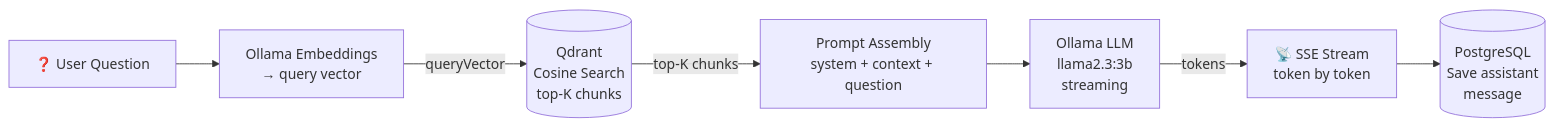
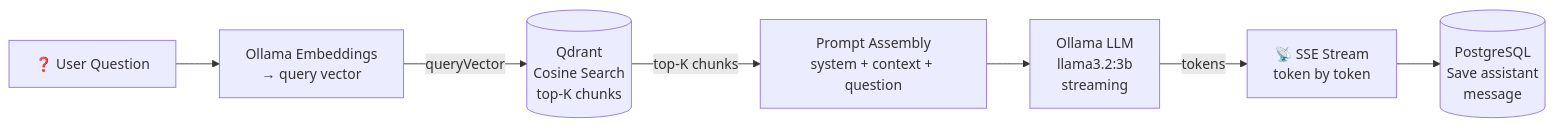
The fifth of 8 diagrams in docs/diagrams/Architecture_Diagram.md (ABDELRAHMAN-ELRAYES/Vai), drawn with Mermaid before and after one commit. The commit also changed other lines of this file and 14 other files, not shown here.

````diff
--- a/docs/diagrams/Architecture_Diagram.md
+++ b/docs/diagrams/Architecture_Diagram.md
@@ -166,17 +155,17 @@
 ```mermaid
 flowchart LR
     Q["❓ User Question"]
     Embed["Ollama Embeddings\n→ query vector"]
     Qdrant[("Qdrant\nCosine Search\ntop-K chunks")]
     Prompt["Prompt Assembly\nsystem + context + question"]
-    Ollama["Ollama LLM\nllama2.3:3b\nstreaming"]
+    Ollama["Ollama LLM\nllama3.2:3b\nstreaming"]
     SSE["📡 SSE Stream\ntoken by token"]
     PG[("PostgreSQL\nSave assistant\nmessage")]
 
     Q --> Embed
     Embed -->|queryVector| Qdrant
     Qdrant -->|top-K chunks| Prompt
     Prompt --> Ollama
     Ollama -->|tokens| SSE
     SSE --> PG
 ```
````
